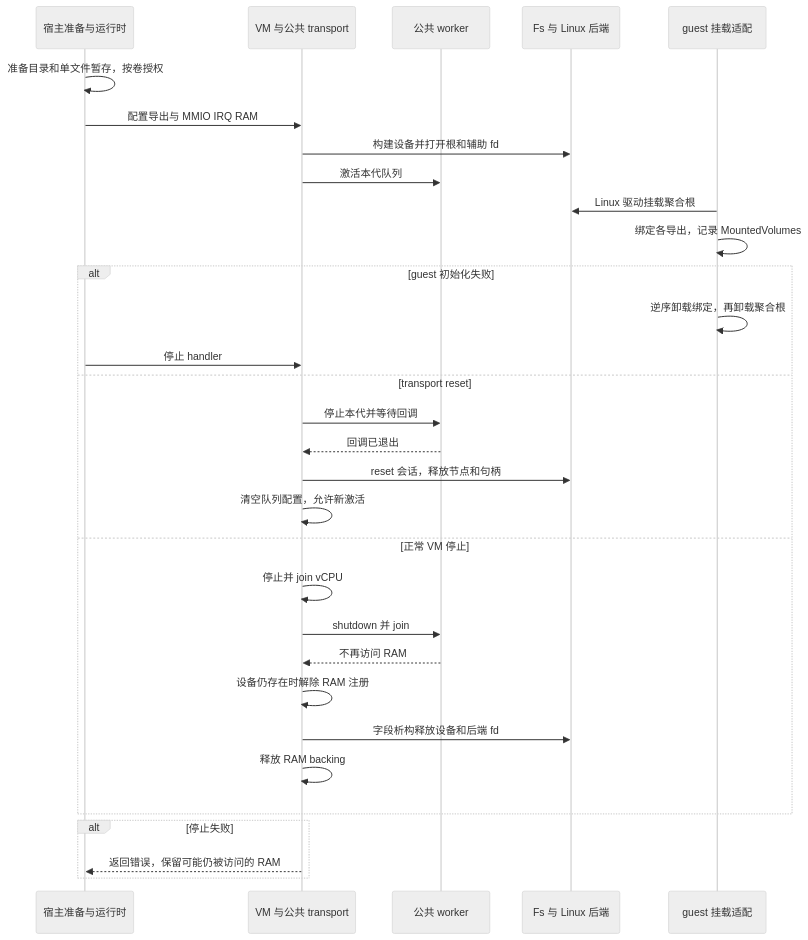
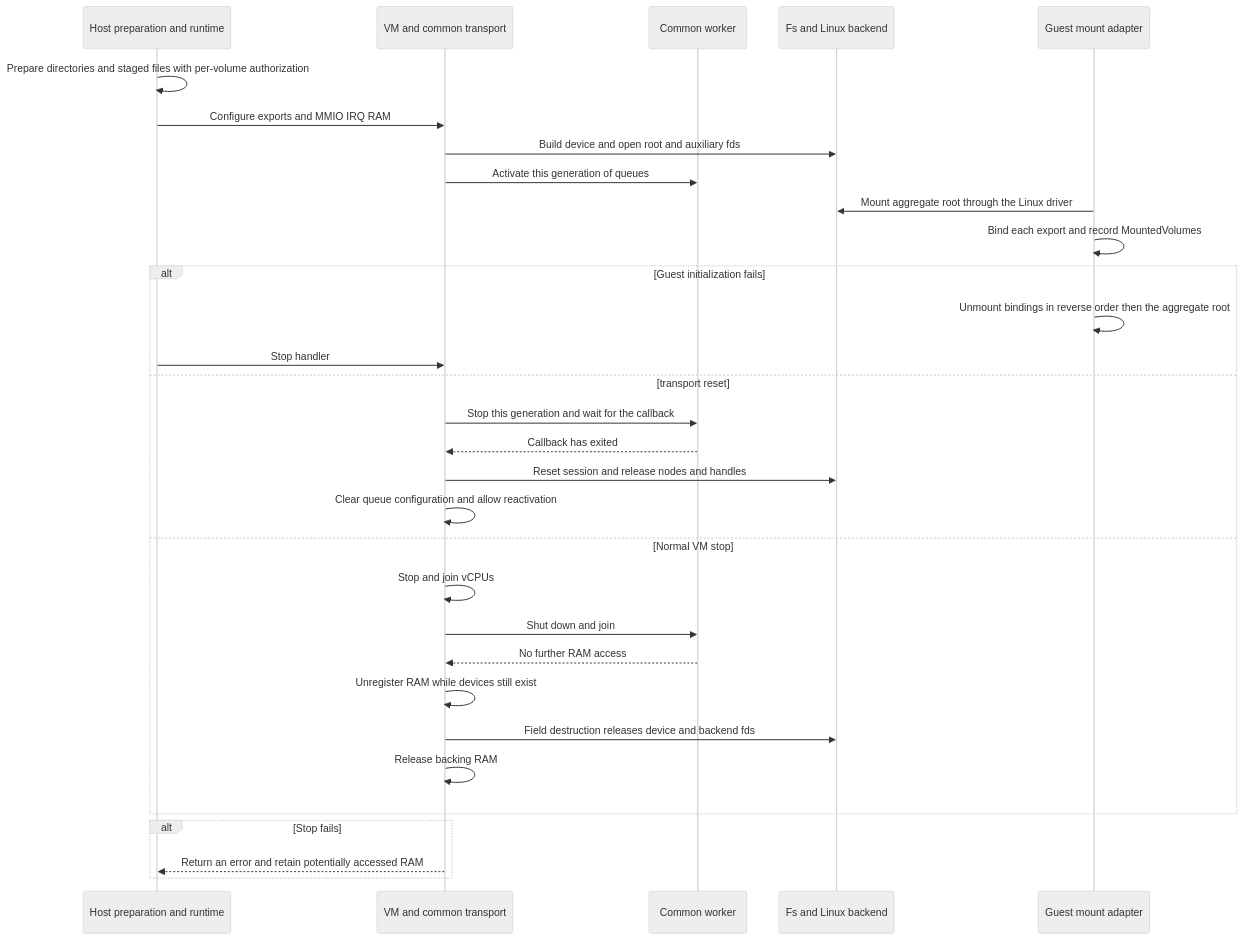
One commit to boxlite-ai/boxlite changed the fifth of 5 diagrams in docs/contributing/architecture/vmm/virtio-fs.md. Above: the diagram before and after it, drawn with Mermaid (neutral theme). The commit also changed other lines of this file and 8 other files, not shown here.

````diff
--- a/docs/contributing/architecture/vmm/virtio-fs.md
+++ b/docs/contributing/architecture/vmm/virtio-fs.md
@@ -220,33 +253,33 @@
 ```mermaid
 sequenceDiagram
-    participant H as 宿主准备与运行时
-    participant V as VM 与公共 transport
-    participant W as 公共 worker
-    participant F as Fs 与 Linux 后端
-    participant G as guest 挂载适配
-    H->>H: 准备目录和单文件暂存，按卷授权
-    H->>V: 配置导出与 MMIO IRQ RAM
-    V->>F: 构建设备并打开根和辅助 fd
-    V->>W: 激活本代队列
-    G->>F: Linux 驱动挂载聚合根
-    G->>G: 绑定各导出，记录 MountedVolumes
-    alt guest 初始化失败
-        G->>G: 逆序卸载绑定，再卸载聚合根
-        H->>V: 停止 handler
+    participant H as Host preparation and runtime
+    participant V as VM and common transport
+    participant W as Common worker
+    participant F as Fs and Linux backend
+    participant G as Guest mount adapter
+    H->>H: Prepare directories and staged files with per-volume authorization
+    H->>V: Configure exports and MMIO IRQ RAM
+    V->>F: Build device and open root and auxiliary fds
+    V->>W: Activate this generation of queues
+    G->>F: Mount aggregate root through the Linux driver
+    G->>G: Bind each export and record MountedVolumes
+    alt Guest initialization fails
+        G->>G: Unmount bindings in reverse order then the aggregate root
+        H->>V: Stop handler
     else transport reset
-        V->>W: 停止本代并等待回调
-        W-->>V: 回调已退出
-        V->>F: reset 会话，释放节点和句柄
-        V->>V: 清空队列配置，允许新激活
-    else 正常 VM 停止
-        V->>V: 停止并 join vCPU
-        V->>W: shutdown 并 join
-        W-->>V: 不再访问 RAM
-        V->>V: 设备仍存在时解除 RAM 注册
-        V->>F: 字段析构释放设备和后端 fd
-        V->>V: 释放 RAM backing
+        V->>W: Stop this generation and wait for the callback
+        W-->>V: Callback has exited
+        V->>F: Reset session and release nodes and handles
+        V->>V: Clear queue configuration and allow reactivation
+    else Normal VM stop
+        V->>V: Stop and join vCPUs
+        V->>W: Shut down and join
+        W-->>V: No further RAM access
+        V->>V: Unregister RAM while devices still exist
+        V->>F: Field destruction releases device and backend fds
+        V->>V: Release backing RAM
     end
-    alt 停止失败
-        V-->>H: 返回错误，保留可能仍被访问的 RAM
+    alt Stop fails
+        V-->>H: Return an error and retain potentially accessed RAM
     end
 ```
````
